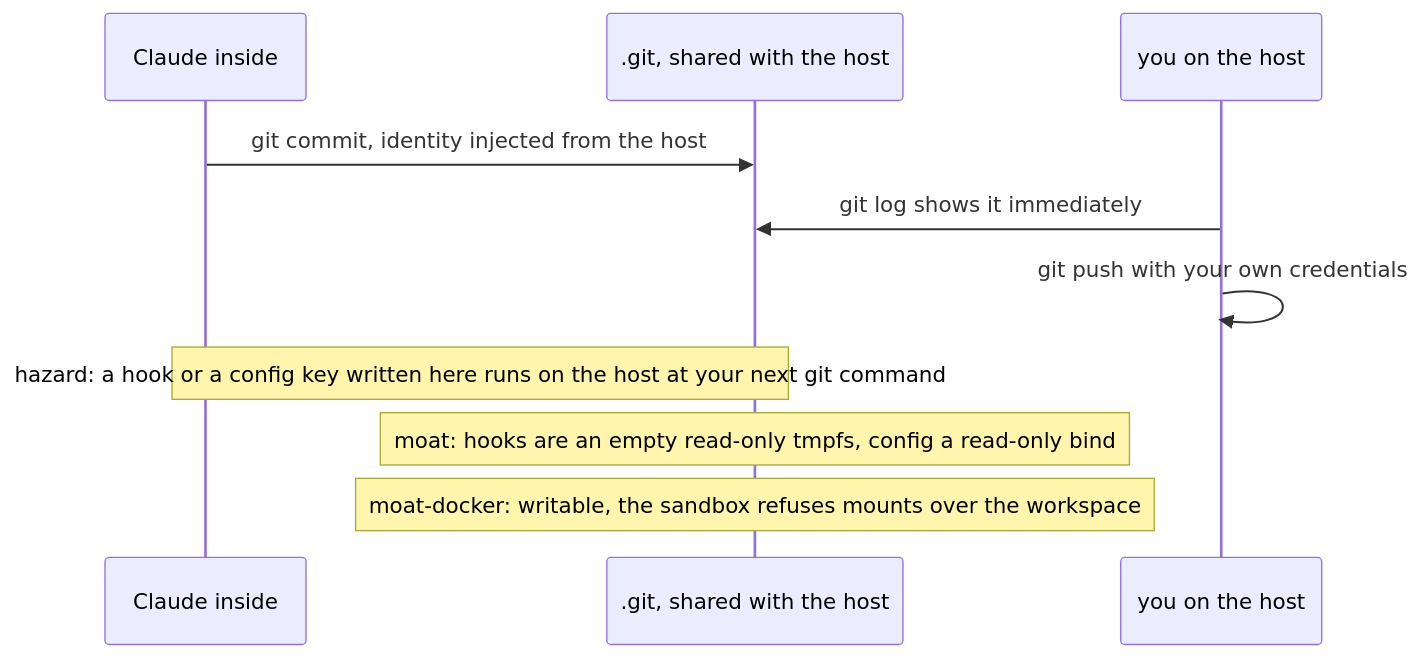
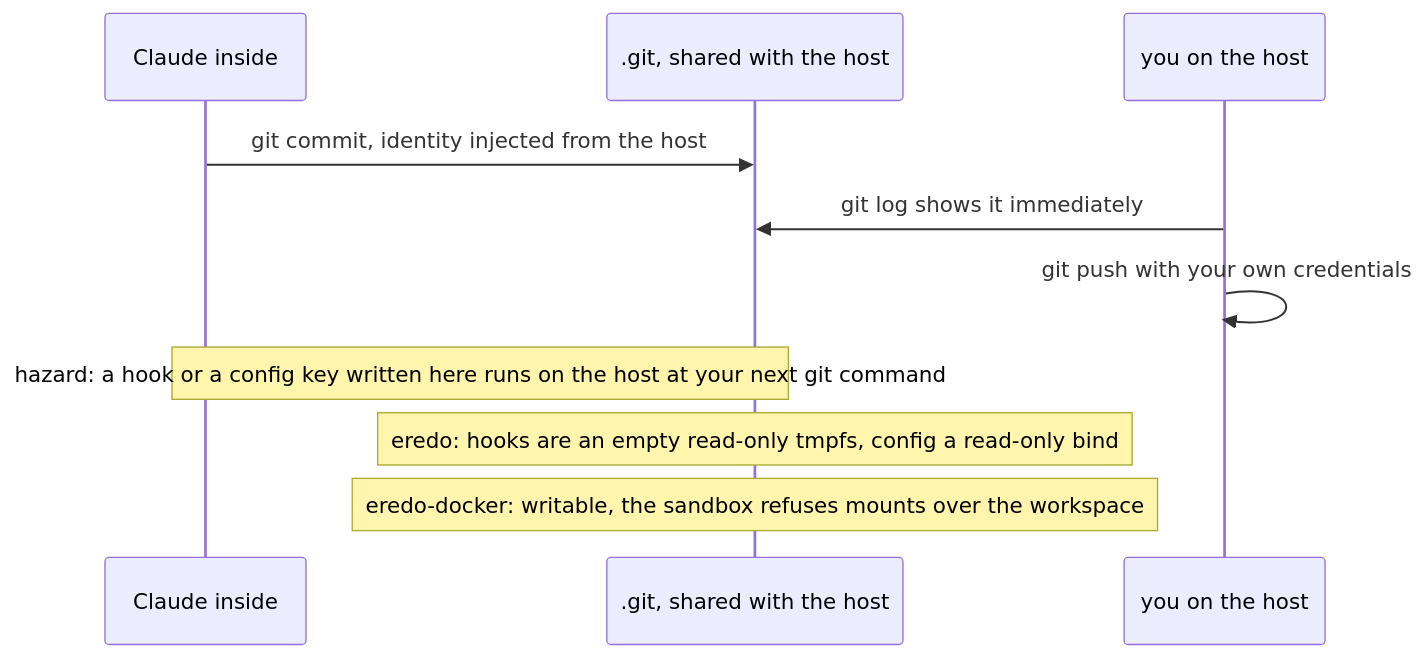
Before and after one commit to marhaasa/eredo: the sixth of 7 diagrams in ARCHITECTURE.md, drawn with Mermaid. The commit also changed other lines of this file and 30 other files, not shown here.

````diff
--- a/ARCHITECTURE.md
+++ b/ARCHITECTURE.md
@@ -140,12 +143,12 @@
 ```mermaid
 sequenceDiagram
   participant Cl as Claude inside
   participant G as .git, shared with the host
   participant H as you on the host
   Cl->>G: git commit, identity injected from the host
   H->>G: git log shows it immediately
   H->>H: git push with your own credentials
   Note over Cl,G: hazard: a hook or a config key written here runs on the host at your next git command
-  Note over G: moat: hooks are an empty read-only tmpfs, config a read-only bind
-  Note over G: moat-docker: writable, the sandbox refuses mounts over the workspace
+  Note over G: eredo: hooks are an empty read-only tmpfs, config a read-only bind
+  Note over G: eredo-docker: writable, the sandbox refuses mounts over the workspace
 ```
````
